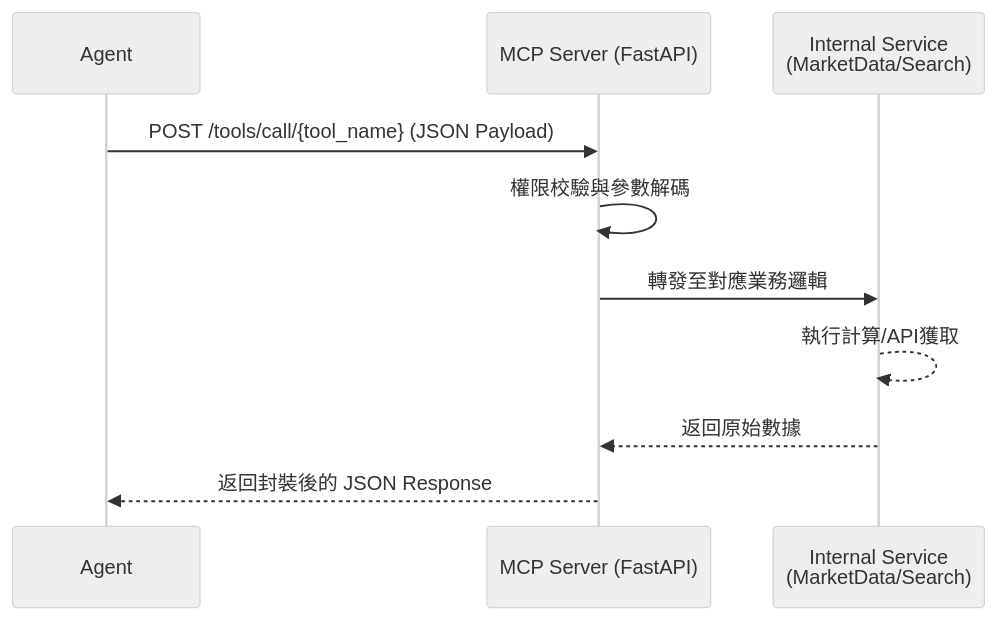
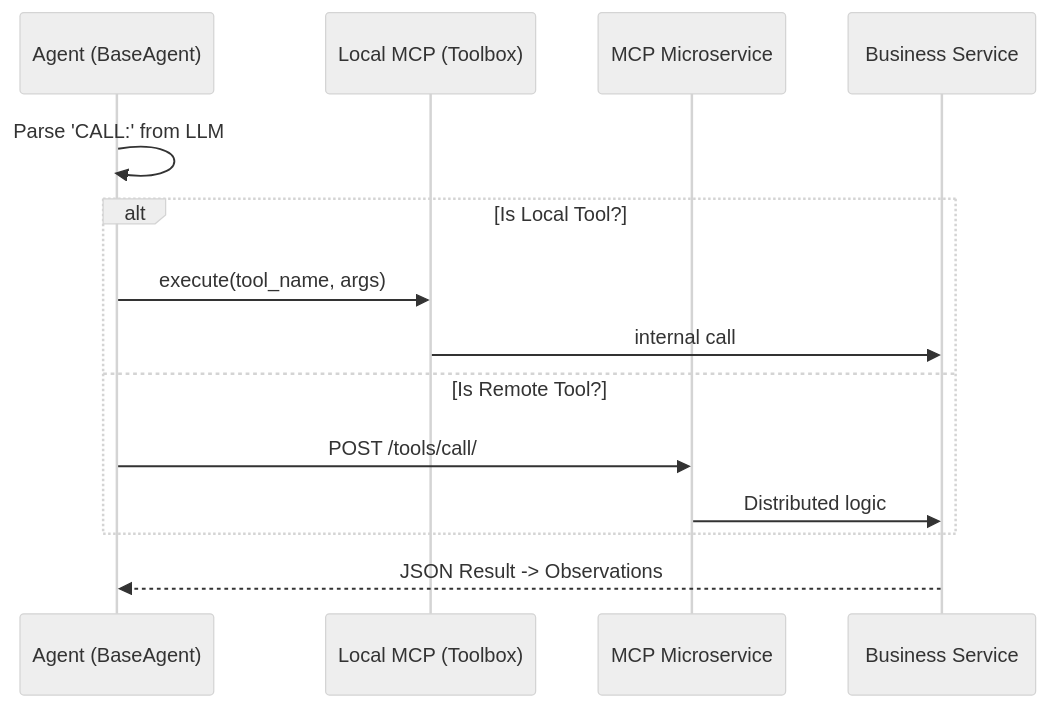
One commit to neohsiung/AI-Investment-Advisor changed the diagram in wiki/04_架構觀點-Architect_Views/底層通信協議-Agent-Mesh-Protocols.md. Above: the diagram before and after it, drawn with Mermaid (neutral theme). The commit also changed other lines of this file and 3 other files, not shown here.

````diff
--- a/wiki/04_架構觀點-Architect_Views/底層通信協議-Agent-Mesh-Protocols.md
+++ b/wiki/04_架構觀點-Architect_Views/底層通信協議-Agent-Mesh-Protocols.md
@@ -43,13 +55,17 @@
 ```mermaid
 sequenceDiagram
-    participant Agent
-    participant MCP as MCP Server (FastAPI)
-    participant Logic as Internal Service<br/>(MarketData/Search)
+    participant Agent as Agent (BaseAgent)
+    participant Local as Local MCP (Toolbox)
+    participant Remote as MCP Microservice
+    participant Logic as Business Service
 
-    Agent->>MCP: POST /tools/call/{tool_name} (JSON Payload)
-    MCP->>MCP: 權限校驗與參數解碼
-    MCP->>Logic: 轉發至對應業務邏輯
-    Logic-->>Logic: 執行計算/API獲取
-    Logic-->>MCP: 返回原始數據
-    MCP-->>Agent: 返回封裝後的 JSON Response
+    Agent->>Agent: Parse 'CALL:' from LLM
+    alt Is Local Tool?
+        Agent->>Local: execute(tool_name, args)
+        Local->>Logic: internal call
+    else Is Remote Tool?
+        Agent->>Remote: POST /tools/call/
+        Remote->>Logic: Distributed logic
+    end
+    Logic-->>Agent: JSON Result -> Observations
 ```
````
